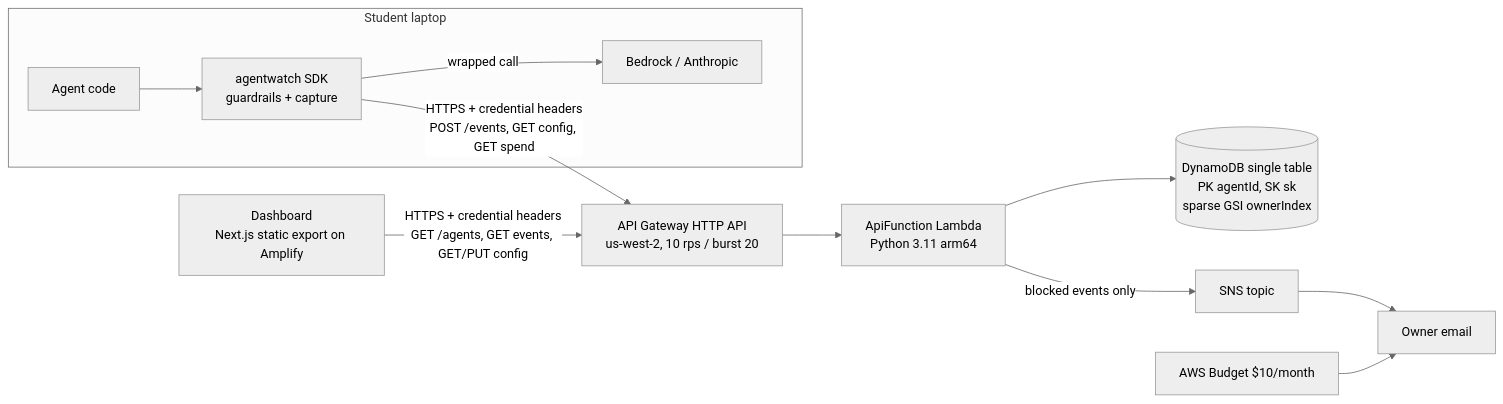
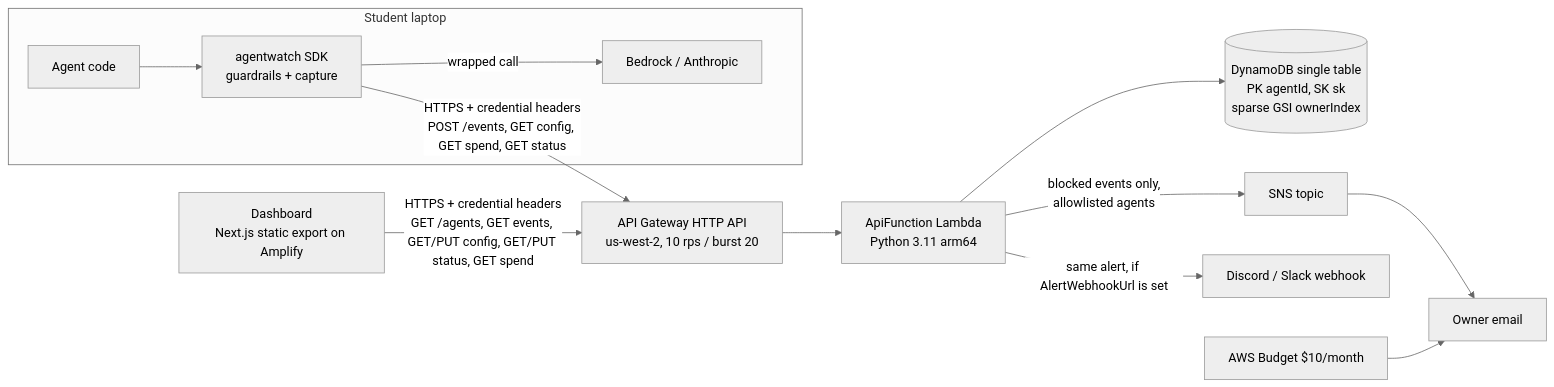
Before and after one commit to TejaswiErattu/agent-watch: the diagram in docs/CODEBASE_GUIDE.md, drawn with Mermaid (neutral theme). The commit also changed other lines of this file and 6 other files, not shown here.

````diff
--- a/docs/CODEBASE_GUIDE.md
+++ b/docs/CODEBASE_GUIDE.md
@@ -39,13 +39,14 @@
 ```mermaid
 flowchart LR
   subgraph Host["Student laptop"]
     A[Agent code] --> SDK[agentwatch SDK<br/>guardrails + capture]
     SDK -->|wrapped call| LLM[Bedrock / Anthropic]
   end
-  SDK -->|HTTPS + credential headers<br/>POST /events, GET config, GET spend| APIGW[API Gateway HTTP API<br/>us-west-2, 10 rps / burst 20]
-  Dash[Dashboard<br/>Next.js static export on Amplify] -->|HTTPS + credential headers<br/>GET /agents, GET events, GET/PUT config| APIGW
+  SDK -->|HTTPS + credential headers<br/>POST /events, GET config, GET spend, GET status| APIGW[API Gateway HTTP API<br/>us-west-2, 10 rps / burst 20]
+  Dash[Dashboard<br/>Next.js static export on Amplify] -->|HTTPS + credential headers<br/>GET /agents, GET events, GET/PUT config, GET/PUT status, GET spend| APIGW
   APIGW --> L[ApiFunction Lambda<br/>Python 3.11 arm64]
   L --> DDB[(DynamoDB single table<br/>PK agentId, SK sk<br/>sparse GSI ownerIndex)]
-  L -->|blocked events only| SNS[SNS topic] --> Mail[Owner email]
+  L -->|blocked events only,<br/>allowlisted agents| SNS[SNS topic] --> Mail[Owner email]
+  L -->|same alert, if AlertWebhookUrl is set| Hook[Discord / Slack webhook]
   Budget[AWS Budget $10/month] --> Mail
 ```
````
